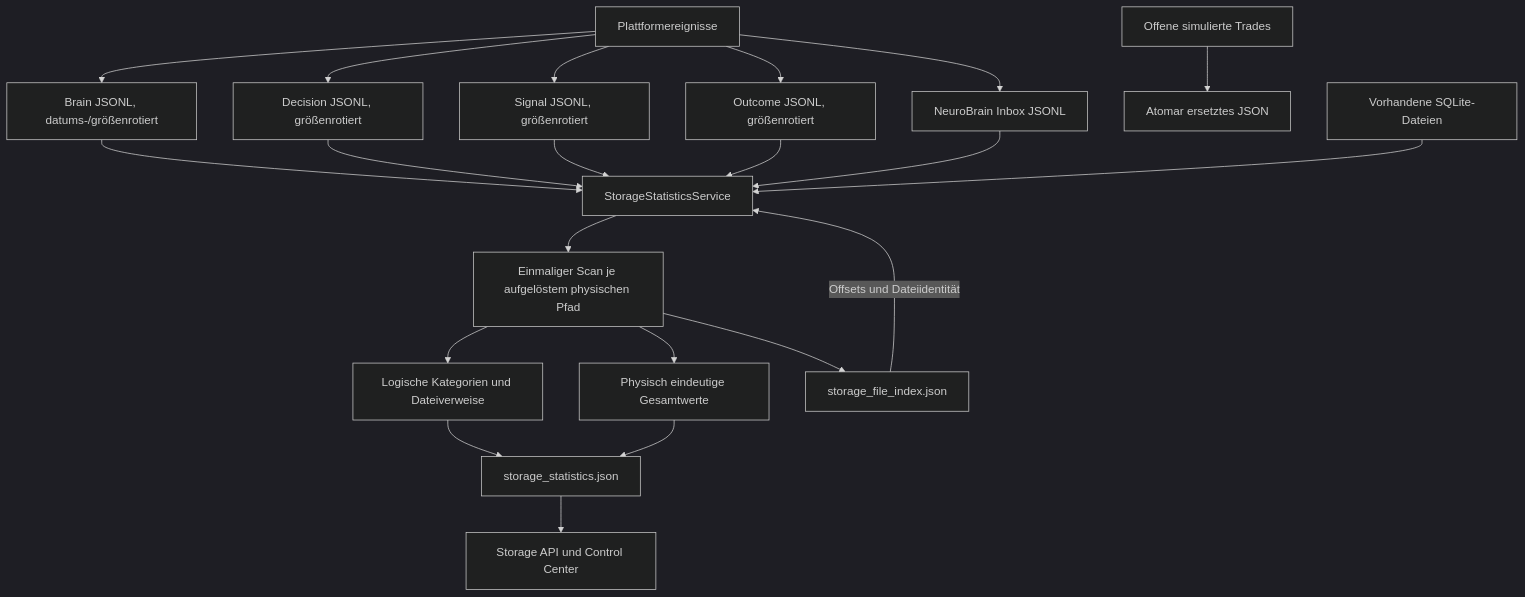
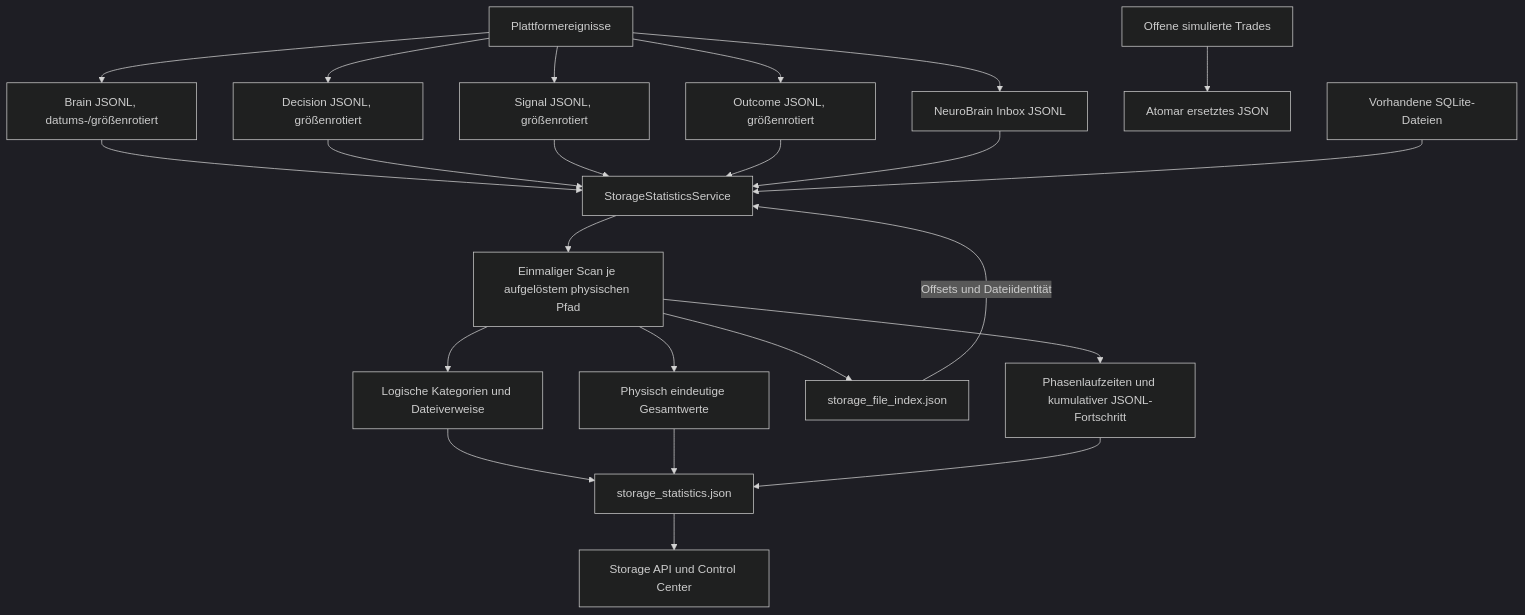
One commit to cRioshy/Pando changed the third of 5 diagrams in docs/ARCHITECTURE.md. Above: the diagram before and after it, drawn with Mermaid (dark theme). The commit also changed other lines of this file and 10 other files, not shown here.

````diff
--- a/docs/ARCHITECTURE.md
+++ b/docs/ARCHITECTURE.md
@@ -100,18 +100,20 @@
 ```mermaid
 flowchart TD
     EVENTS["Plattformereignisse"] --> BRAIN["Brain JSONL, datums-/größenrotiert"]
     EVENTS --> DEC["Decision JSONL, größenrotiert"]
     EVENTS --> SIG["Signal JSONL, größenrotiert"]
     EVENTS --> OUT["Outcome JSONL, größenrotiert"]
     EVENTS --> NEURO["NeuroBrain Inbox JSONL"]
     OPEN["Offene simulierte Trades"] --> JSON["Atomar ersetztes JSON"]
     BRAIN & DEC & SIG & OUT & NEURO --> SCAN["StorageStatisticsService"]
     SQLITE["Vorhandene SQLite-Dateien"] --> SCAN
     SCAN --> UNIQUE["Einmaliger Scan je aufgelöstem physischen Pfad"]
     UNIQUE --> LOGICAL["Logische Kategorien und Dateiverweise"]
     UNIQUE --> PHYSICAL["Physisch eindeutige Gesamtwerte"]
     UNIQUE --> INDEX["storage_file_index.json"]
+    UNIQUE --> METRICS["Phasenlaufzeiten und kumulativer JSONL-Fortschritt"]
     LOGICAL & PHYSICAL --> SNAP["storage_statistics.json"]
+    METRICS --> SNAP
     INDEX -->|"Offsets und Dateiidentität"| SCAN
     SNAP --> API["Storage API und Control Center"]
 ```
````
